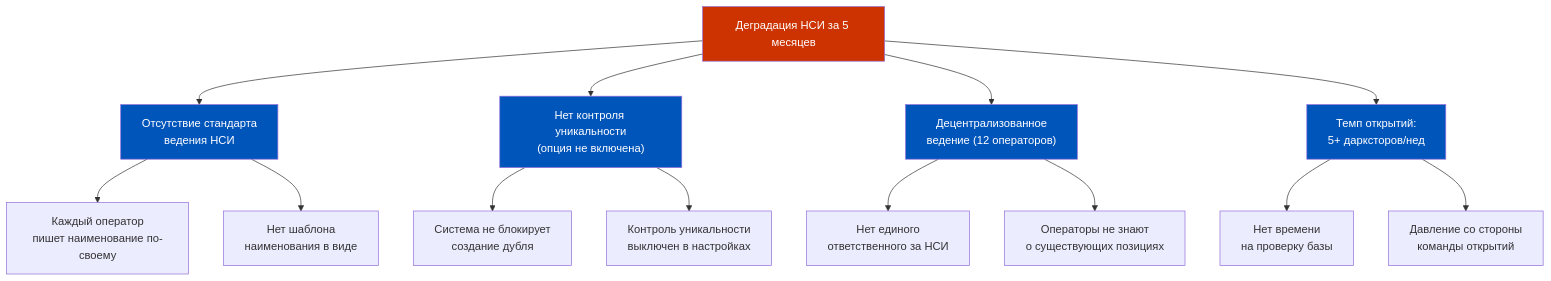
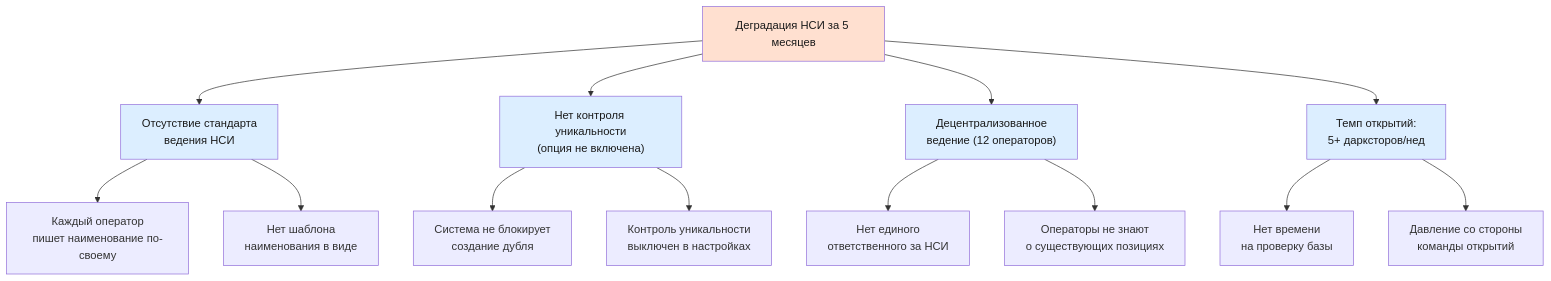
The fifth of 9 diagrams in content/1c-erp/week_2/Неделя 2 - День 7 - История грязных НСИ.md (murad1986/1c-erp-quartz), drawn with Mermaid before and after one commit. The commit also changed other lines of this file and 57 other files, not shown here.

First line of the commit message:
fix: Mermaid — пастельные цвета в источниках диаграмм (56 файлов)

````diff
--- a/content/1c-erp/week_2/Неделя 2 - День 7 - История грязных НСИ.md
+++ b/content/1c-erp/week_2/Неделя 2 - День 7 - История грязных НСИ.md
@@ -257,22 +257,22 @@
 ```mermaid
 graph TD
     ROOT["Деградация НСИ за 5 месяцев"] --> C1["Отсутствие стандарта<br/>ведения НСИ"]
     ROOT --> C2["Нет контроля уникальности<br/>(опция не включена)"]
     ROOT --> C3["Децентрализованное<br/>ведение (12 операторов)"]
     ROOT --> C4["Темп открытий:<br/>5+ дарксторов/нед"]
 
     C1 --> C1a["Каждый оператор<br/>пишет наименование по-своему"]
     C1 --> C1b["Нет шаблона<br/>наименования в виде"]
     C2 --> C2a["Система не блокирует<br/>создание дубля"]
     C2 --> C2b["Контроль уникальности<br/>выключен в настройках"]
     C3 --> C3a["Нет единого<br/>ответственного за НСИ"]
     C3 --> C3b["Операторы не знают<br/>о существующих позициях"]
     C4 --> C4a["Нет времени<br/>на проверку базы"]
     C4 --> C4b["Давление со стороны<br/>команды открытий"]
 
-    style ROOT fill:#CC3300,color:#fff
-    style C1 fill:#0055BB,color:#fff
-    style C2 fill:#0055BB,color:#fff
-    style C3 fill:#0055BB,color:#fff
-    style C4 fill:#0055BB,color:#fff
+    style ROOT fill:#ffe0d0,color:#1a1a1a
+    style C1 fill:#dceeff,color:#1a1a1a
+    style C2 fill:#dceeff,color:#1a1a1a
+    style C3 fill:#dceeff,color:#1a1a1a
+    style C4 fill:#dceeff,color:#1a1a1a
 ```
````
